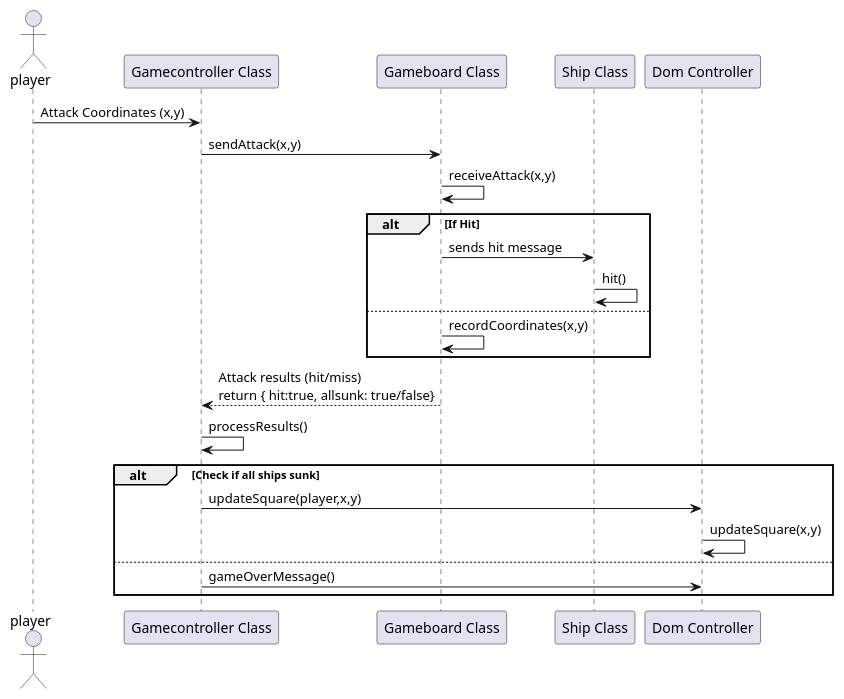
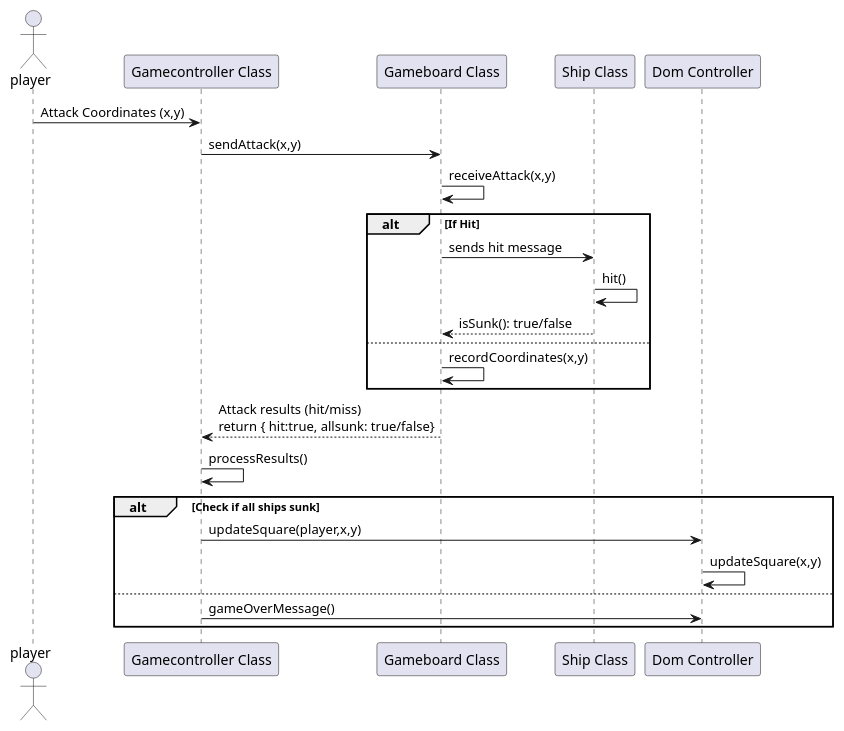
The diagram in classes.puml (dugsv1/battleship), drawn with PlantUML before and after one commit. The commit also changed 1 other file, not shown here.

```diff
--- a/classes.puml
+++ b/classes.puml
@@ -1,28 +1,30 @@
 @startuml
 actor player
 participant "Gamecontroller Class" as GC
 participant "Gameboard Class" as GB
 participant "Ship Class" as Ship
 participant "Dom Controller" as DOM
 
 player -> GC: Attack Coordinates (x,y)
 GC -> GB: sendAttack(x,y)
 GB -> GB: receiveAttack(x,y)
 
 alt If Hit
     GB -> Ship: sends hit message
     Ship -> Ship: hit()
+    Ship --> GB: isSunk(): true/false
+
 else 
     GB -> GB: recordCoordinates(x,y)
 end
 
 GB --> GC: Attack results (hit/miss)\nreturn { hit:true, allsunk: true/false}
 GC -> GC: processResults()
 
 alt Check if all ships sunk
     GC -> DOM: updateSquare(player,x,y)
     DOM -> DOM: updateSquare(x,y)
 else
     GC -> DOM: gameOverMessage()
 end
 @enduml
```
